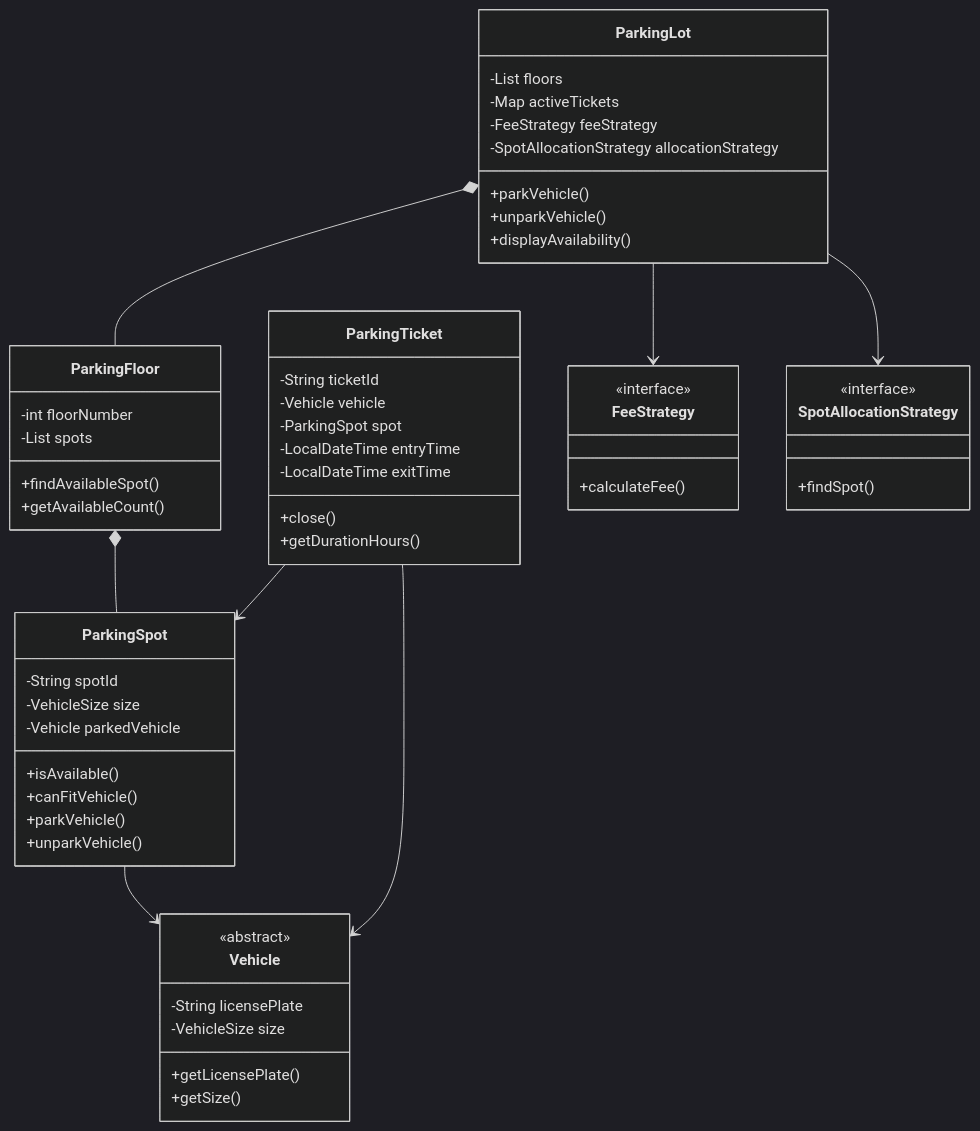
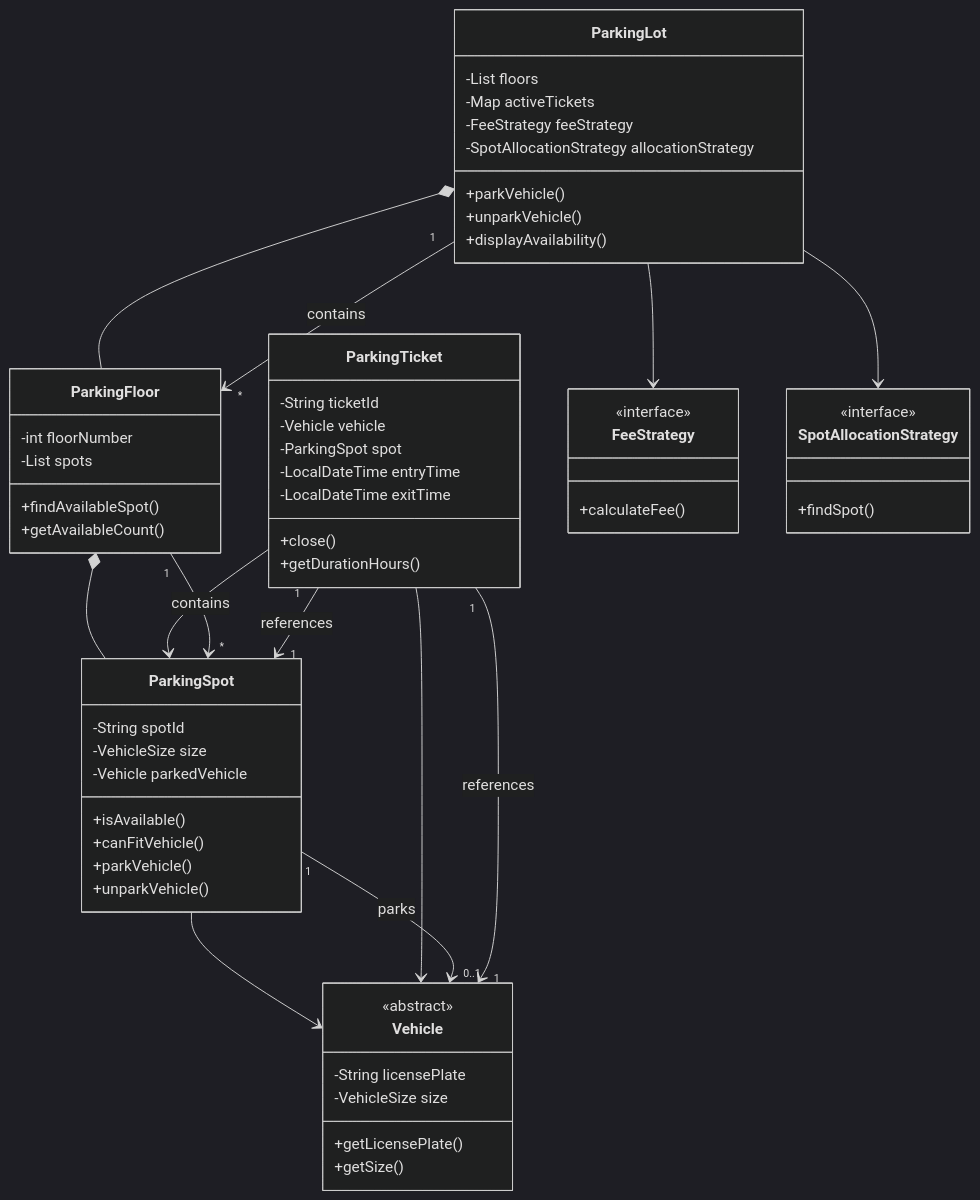
One commit to mthaiseer/springcloud-systemdesign-notes changed the seventh of 19 diagrams in LLD_NOTES/lld_visual_java_reference_mermaid_full_implementation.md. Above: the diagram before and after it, drawn with Mermaid (dark theme). The commit also changed other lines of this file, not shown here.

````diff
--- a/LLD_NOTES/lld_visual_java_reference_mermaid_full_implementation.md
+++ b/LLD_NOTES/lld_visual_java_reference_mermaid_full_implementation.md
@@ -1286,58 +1493,64 @@
 ```mermaid
 classDiagram
   class ParkingLot {
     -List floors
     -Map activeTickets
     -FeeStrategy feeStrategy
     -SpotAllocationStrategy allocationStrategy
     +parkVehicle()
     +unparkVehicle()
     +displayAvailability()
   }
   class ParkingFloor {
     -int floorNumber
     -List spots
     +findAvailableSpot()
     +getAvailableCount()
   }
   class ParkingSpot {
     -String spotId
     -VehicleSize size
     -Vehicle parkedVehicle
     +isAvailable()
     +canFitVehicle()
     +parkVehicle()
     +unparkVehicle()
   }
   class Vehicle {
     <<abstract>>
     -String licensePlate
     -VehicleSize size
     +getLicensePlate()
     +getSize()
   }
   class ParkingTicket {
     -String ticketId
     -Vehicle vehicle
     -ParkingSpot spot
     -LocalDateTime entryTime
     -LocalDateTime exitTime
     +close()
     +getDurationHours()
   }
   class FeeStrategy {
     <<interface>>
     +calculateFee()
   }
   class SpotAllocationStrategy {
     <<interface>>
     +findSpot()
   }
   ParkingLot *-- ParkingFloor
   ParkingFloor *-- ParkingSpot
   ParkingSpot --> Vehicle
   ParkingTicket --> Vehicle
   ParkingTicket --> ParkingSpot
   ParkingLot --> FeeStrategy
   ParkingLot --> SpotAllocationStrategy
+  %% Cardinality relationships
+  ParkingLot "1" --> "*" ParkingFloor : contains
+  ParkingFloor "1" --> "*" ParkingSpot : contains
+  ParkingSpot "1" --> "0..1" Vehicle : parks
+  ParkingTicket "1" --> "1" Vehicle : references
+  ParkingTicket "1" --> "1" ParkingSpot : references
 ```
````
